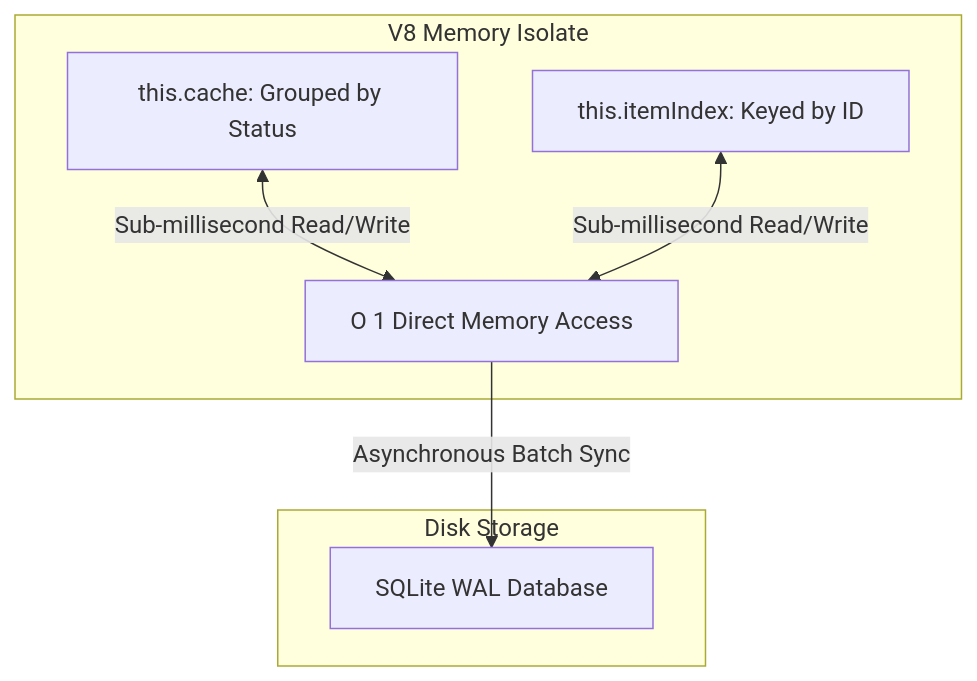
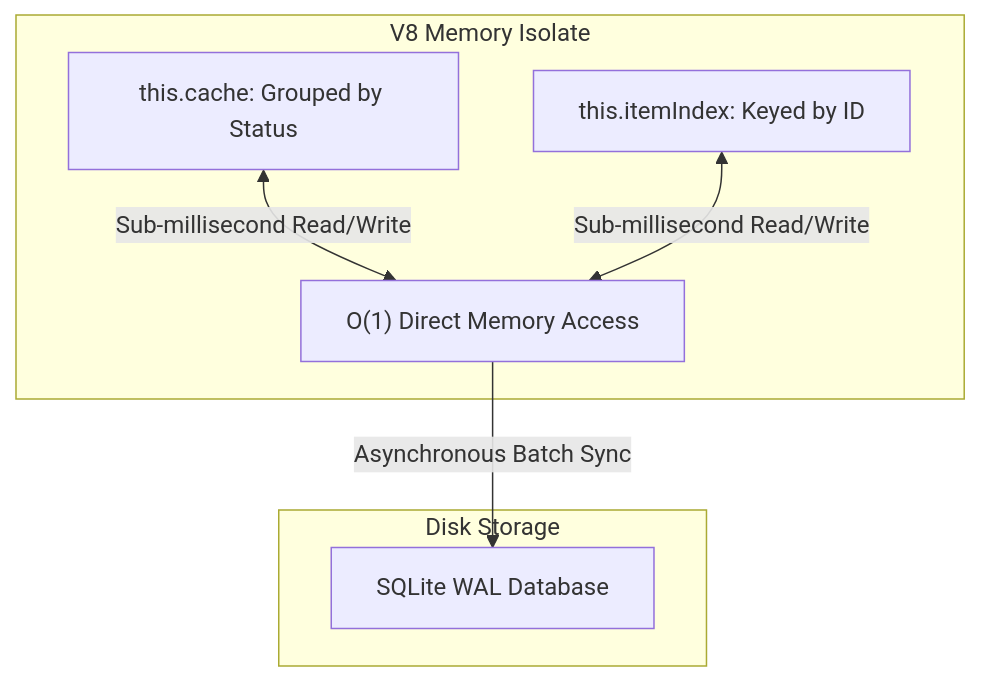
One commit to aoxendine3/xoras changed the diagram in advanced_tech/map-index.md. Above: the diagram before and after it, drawn with Mermaid. The commit also changed 4 other files, not shown here.

Commit message:
fix(docs): resolve Mermaid syntax parse errors by enforcing strict double-quote label wrapping across all architectural specifications and research monographs

````diff
--- a/advanced_tech/map-index.md
+++ b/advanced_tech/map-index.md
@@ -10,14 +10,14 @@
 ```mermaid
 graph TD
     subgraph V8 Memory Isolate
-        Cache[this.cache: Grouped by Status]
-        Index[this.itemIndex: Keyed by ID]
-        Lookup[O 1 Direct Memory Access]
+        Cache["this.cache: Grouped by Status"]
+        Index["this.itemIndex: Keyed by ID"]
+        Lookup["O(1) Direct Memory Access"]
     end
     subgraph Disk Storage
-        SQLite[SQLite WAL Database]
+        SQLite["SQLite WAL Database"]
     end
-    Cache <--> |Sub-millisecond Read/Write| Lookup
-    Index <--> |Sub-millisecond Read/Write| Lookup
-    Lookup --> |Asynchronous Batch Sync| SQLite
+    Cache <-->|"Sub-millisecond Read/Write"| Lookup
+    Index <-->|"Sub-millisecond Read/Write"| Lookup
+    Lookup -->|"Asynchronous Batch Sync"| SQLite
 ```
````
